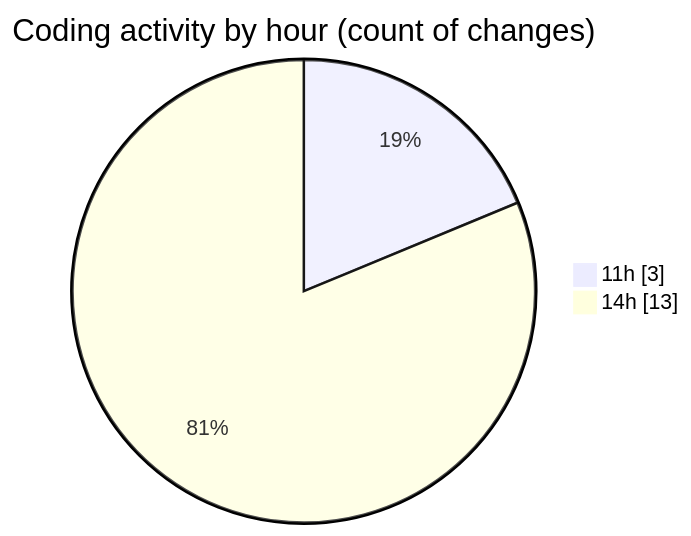
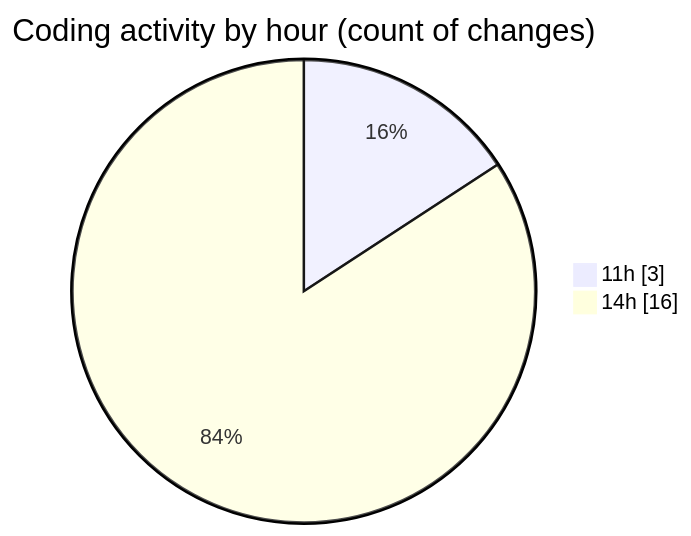
Before and after one commit to charlie-sans/code-tracking: the second of 2 diagrams in 2025-04-30/masm-lsp/README.md, drawn with Mermaid. The commit also changed other lines of this file and 1 other file, not shown here.

````diff
--- a/2025-04-30/masm-lsp/README.md
+++ b/2025-04-30/masm-lsp/README.md
@@ -31,6 +31,6 @@
 ```mermaid
 pie showData
 title Coding activity by hour (count of changes)
 "11h" : 3
-"14h" : 13
+"14h" : 16
 ```
````
